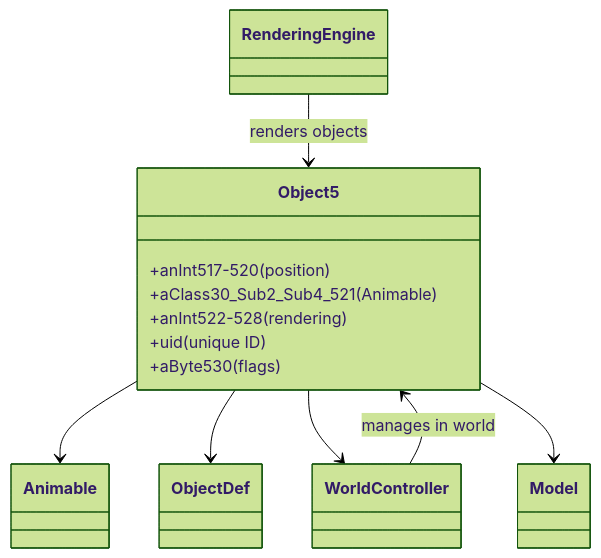
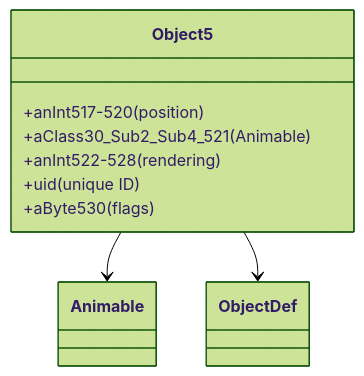
One commit to daxxog/solmud changed the first of 2 diagrams in bytecode/mapping/evidence/verified/Object5_OPNPFUJE.md. Above: the diagram before and after it, drawn with Mermaid (forest theme). The commit also changed other lines of this file and 19 other files, not shown here.

````diff
--- a/bytecode/mapping/evidence/verified/Object5_OPNPFUJE.md
+++ b/bytecode/mapping/evidence/verified/Object5_OPNPFUJE.md
@@ -16,14 +16,10 @@
 ```mermaid
 classDiagram
     Object5 --> Animable
     Object5 --> ObjectDef
-    Object5 --> WorldController
-    Object5 --> Model
-    WorldController --> Object5 : manages in world
-    RenderingEngine --> Object5 : renders objects
     Object5 : +anInt517-520 (position)
     Object5 : +aClass30_Sub2_Sub4_521 (Animable)
     Object5 : +anInt522-528 (rendering)
     Object5 : +uid (unique ID)
     Object5 : +aByte530 (flags)
 ```
````
